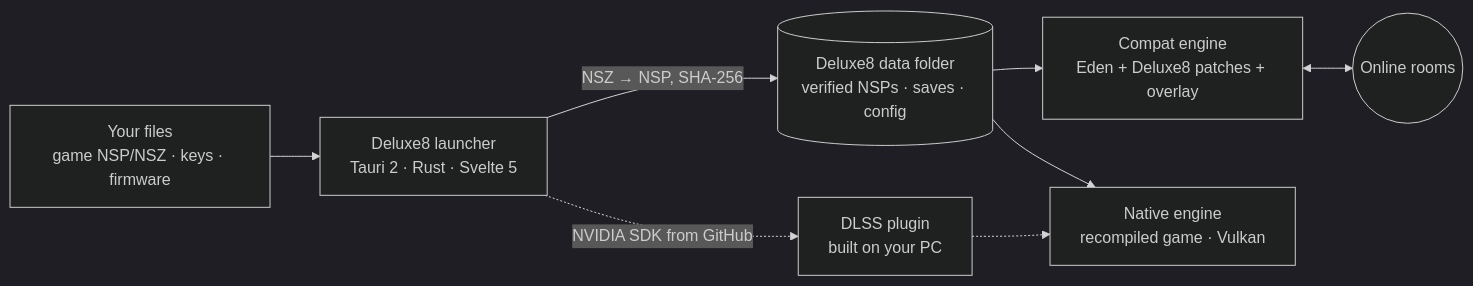
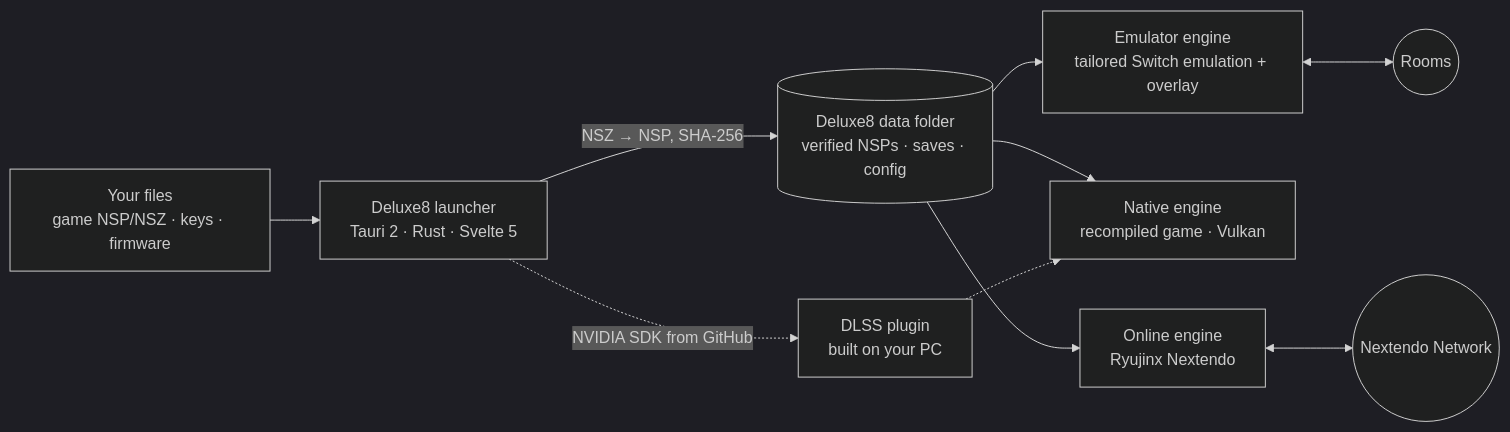
One commit to iCosiSenpai/Deluxe8 changed the diagram in README.md. Above: the diagram before and after it, drawn with Mermaid (dark theme). The commit also changed other lines of this file and 12 other files, not shown here.

````diff
--- a/README.md
+++ b/README.md
@@ -167,17 +190,21 @@
 ```mermaid
 flowchart LR
     files["Your files<br/>game NSP/NSZ · keys · firmware"]
     launcher["Deluxe8 launcher<br/>Tauri 2 · Rust · Svelte 5"]
     data[("Deluxe8 data folder<br/>verified NSPs · saves · config")]
-    compat["Compat engine<br/>Eden + Deluxe8 patches + overlay"]
+    emu["Emulator engine<br/>tailored Switch emulation + overlay"]
     native["Native engine<br/>recompiled game · Vulkan"]
+    online["Online engine<br/>Ryujinx Nextendo"]
     dlss["DLSS plugin<br/>built on your PC"]
-    rooms(("Online rooms"))
+    rooms(("Rooms"))
+    nextendo(("Nextendo Network"))
     files --> launcher
     launcher -- "NSZ → NSP, SHA-256" --> data
-    data --> compat
+    data --> emu
     data --> native
+    data --> online
     launcher -. "NVIDIA SDK from GitHub" .-> dlss
     dlss -.-> native
-    compat <--> rooms
+    emu <--> rooms
+    online <--> nextendo
 ```
````
